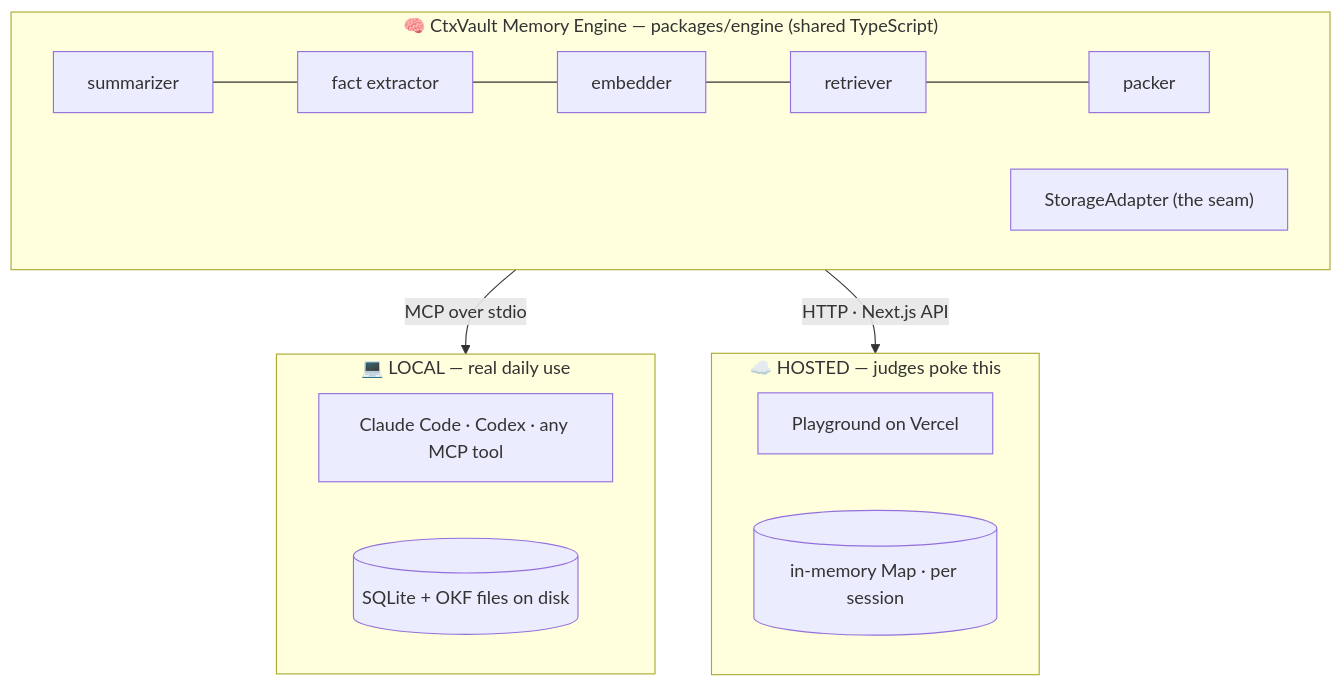
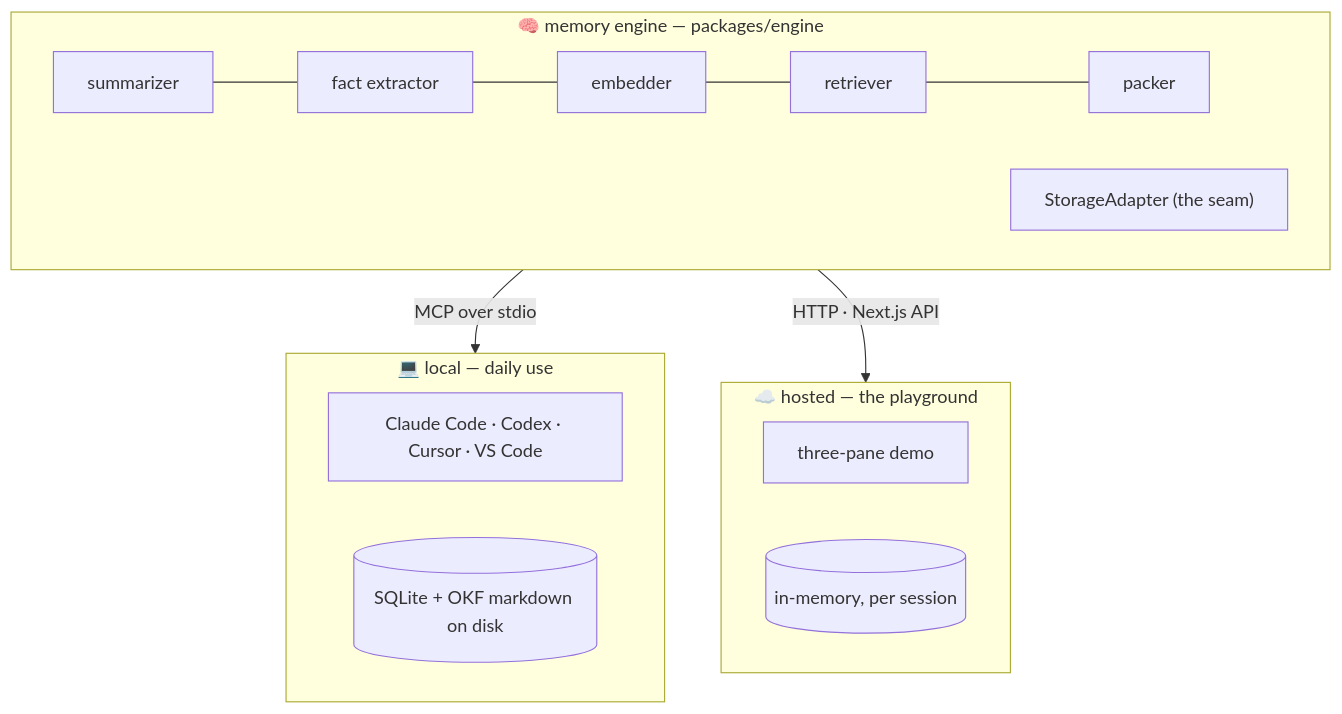
Before and after one commit to maskfool/ctxvault: the diagram in README.md, drawn with Mermaid. The commit also changed other lines of this file, not shown here.

````diff
--- a/README.md
+++ b/README.md
@@ -49,21 +246,21 @@
 ```mermaid
 flowchart TD
-    subgraph engine["🧠 CtxVault Memory Engine — packages/engine (shared TypeScript)"]
+    subgraph engine["🧠 memory engine — packages/engine"]
         direction LR
         S[summarizer] --- X[fact extractor] --- E[embedder] --- R[retriever] --- P[packer]
         SA["StorageAdapter (the seam)"]
     end
 
     engine -->|MCP over stdio| LOCAL
     engine -->|HTTP · Next.js API| HOSTED
 
-    subgraph LOCAL["💻 LOCAL — real daily use"]
-        L1[Claude Code · Codex · any MCP tool]
-        L2[(SQLite + OKF files on disk)]
+    subgraph LOCAL["💻 local — daily use"]
+        L1[Claude Code · Codex · Cursor · VS Code]
+        L2[(SQLite + OKF markdown on disk)]
     end
 
-    subgraph HOSTED["☁️ HOSTED — judges poke this"]
-        H1[Playground on Vercel]
-        H2[(in-memory Map · per session)]
+    subgraph HOSTED["☁️ hosted — the playground"]
+        H1[three-pane demo]
+        H2[(in-memory, per session)]
     end
 ```
````
